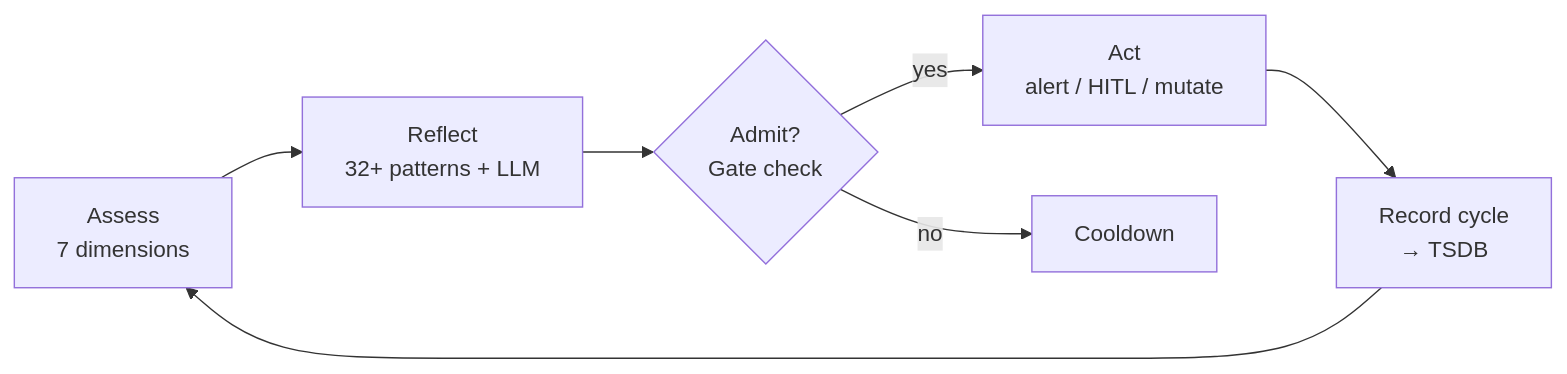
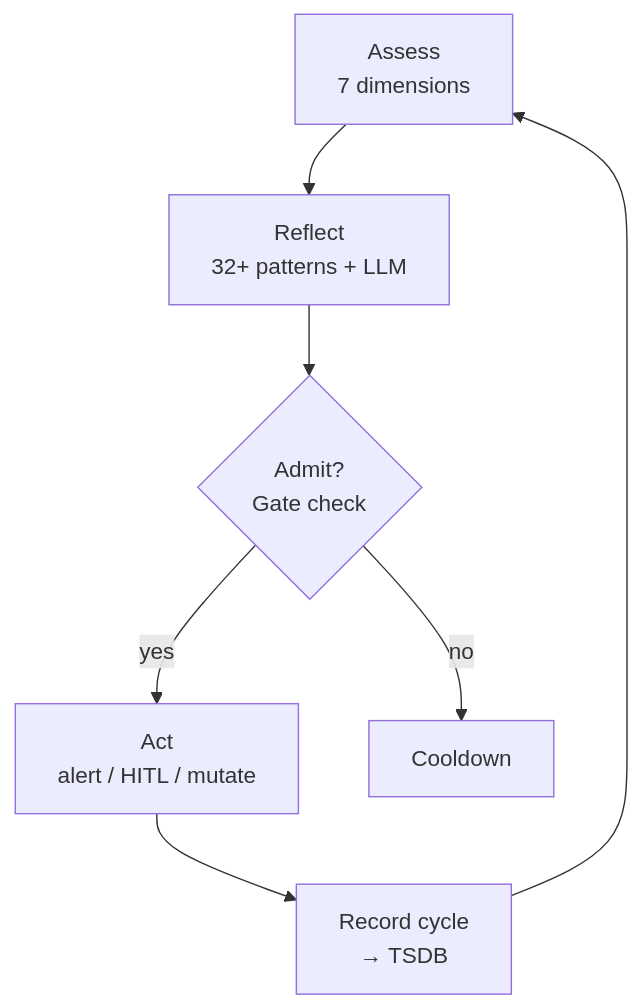
Diagram 19 of 22 in docs/onboarding/mdemg-onboarding-deck.md (reh3376/mdemg), drawn with Mermaid before and after one commit. The commit also changed other lines of this file and 31 other files, not shown here.

````diff
--- a/docs/onboarding/mdemg-onboarding-deck.md
+++ b/docs/onboarding/mdemg-onboarding-deck.md
@@ -2841,9 +2841,9 @@
 ```mermaid
-graph LR
+graph TD
   Assess[Assess<br/>7 dimensions] --> Reflect[Reflect<br/>32+ patterns + LLM]
   Reflect --> Admit{Admit?<br/>Gate check}
   Admit -->|yes| Act[Act<br/>alert / HITL / mutate]
   Admit -->|no| Cooldown[Cooldown]
   Act --> Record[Record cycle<br/>→ TSDB]
   Record --> Assess
 ```
````
